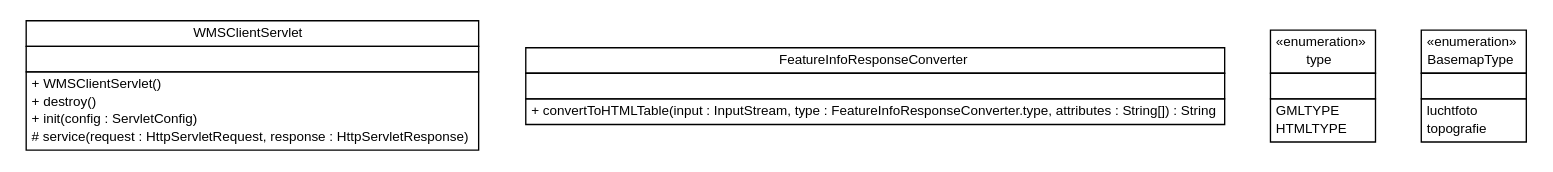
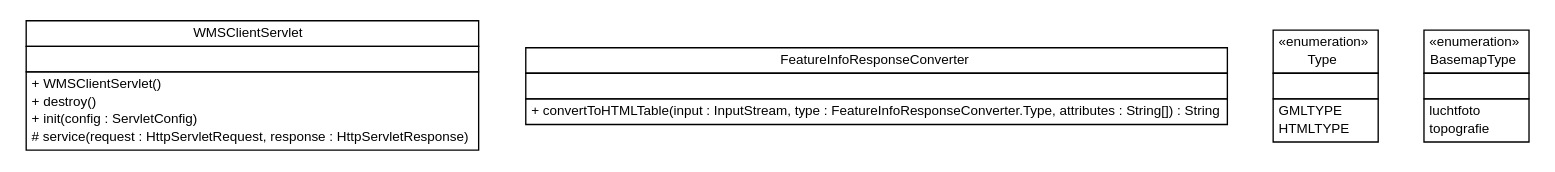
The diagram in apidocs/nl/mineleni/cbsviewer/servlet/wms/nl.mineleni.cbsviewer.servlet.wms.dot (MinELenI/CBSviewer), drawn with Graphviz before and after one commit. The commit also changed 438 other files, not shown here.

```diff
--- a/apidocs/nl/mineleni/cbsviewer/servlet/wms/nl.mineleni.cbsviewer.servlet.wms.dot
+++ b/apidocs/nl/mineleni/cbsviewer/servlet/wms/nl.mineleni.cbsviewer.servlet.wms.dot
@@ -1,67 +1,67 @@
 #!/usr/local/bin/dot
 #
 # Class diagram 
 # Generated by UMLGraph version R5_6 (http://www.umlgraph.org/)
 #
 
 digraph G {
 	edge [fontname="arial",fontsize=10,labelfontname="arial",labelfontsize=10];
 	node [fontname="arial",fontsize=10,shape=plaintext];
 	nodesep=0.25;
 	ranksep=0.5;
 	// nl.mineleni.cbsviewer.servlet.wms.WMSClientServlet
-	c121 [label=<<table title="nl.mineleni.cbsviewer.servlet.wms.WMSClientServlet" border="0" cellborder="1" cellspacing="0" cellpadding="2" port="p" href="./WMSClientServlet.html">
+	c127 [label=<<table title="nl.mineleni.cbsviewer.servlet.wms.WMSClientServlet" border="0" cellborder="1" cellspacing="0" cellpadding="2" port="p" href="./WMSClientServlet.html">
 		<tr><td><table border="0" cellspacing="0" cellpadding="1">
 <tr><td align="center" balign="center"> WMSClientServlet </td></tr>
 		</table></td></tr>
 		<tr><td><table border="0" cellspacing="0" cellpadding="1">
 <tr><td align="left" balign="left">  </td></tr>
 		</table></td></tr>
 		<tr><td><table border="0" cellspacing="0" cellpadding="1">
 <tr><td align="left" balign="left"> + WMSClientServlet() </td></tr>
 <tr><td align="left" balign="left"> + destroy() </td></tr>
 <tr><td align="left" balign="left"> + init(config : ServletConfig) </td></tr>
 <tr><td align="left" balign="left"> # service(request : HttpServletRequest, response : HttpServletResponse) </td></tr>
 		</table></td></tr>
 		</table>>, URL="./WMSClientServlet.html", fontname="arial", fontcolor="black", fontsize=10.0];
 	// nl.mineleni.cbsviewer.servlet.wms.FeatureInfoResponseConverter
-	c122 [label=<<table title="nl.mineleni.cbsviewer.servlet.wms.FeatureInfoResponseConverter" border="0" cellborder="1" cellspacing="0" cellpadding="2" port="p" href="./FeatureInfoResponseConverter.html">
+	c128 [label=<<table title="nl.mineleni.cbsviewer.servlet.wms.FeatureInfoResponseConverter" border="0" cellborder="1" cellspacing="0" cellpadding="2" port="p" href="./FeatureInfoResponseConverter.html">
 		<tr><td><table border="0" cellspacing="0" cellpadding="1">
 <tr><td align="center" balign="center"> FeatureInfoResponseConverter </td></tr>
 		</table></td></tr>
 		<tr><td><table border="0" cellspacing="0" cellpadding="1">
 <tr><td align="left" balign="left">  </td></tr>
 		</table></td></tr>
 		<tr><td><table border="0" cellspacing="0" cellpadding="1">
-<tr><td align="left" balign="left"> + convertToHTMLTable(input : InputStream, type : FeatureInfoResponseConverter.type, attributes : String[]) : String </td></tr>
+<tr><td align="left" balign="left"> + convertToHTMLTable(input : InputStream, type : FeatureInfoResponseConverter.Type, attributes : String[]) : String </td></tr>
 		</table></td></tr>
 		</table>>, URL="./FeatureInfoResponseConverter.html", fontname="arial", fontcolor="black", fontsize=10.0];
-	// nl.mineleni.cbsviewer.servlet.wms.FeatureInfoResponseConverter.type
-	c123 [label=<<table title="nl.mineleni.cbsviewer.servlet.wms.FeatureInfoResponseConverter.type" border="0" cellborder="1" cellspacing="0" cellpadding="2" port="p" href="./FeatureInfoResponseConverter.type.html">
+	// nl.mineleni.cbsviewer.servlet.wms.FeatureInfoResponseConverter.Type
+	c129 [label=<<table title="nl.mineleni.cbsviewer.servlet.wms.FeatureInfoResponseConverter.Type" border="0" cellborder="1" cellspacing="0" cellpadding="2" port="p" href="./FeatureInfoResponseConverter.Type.html">
 		<tr><td><table border="0" cellspacing="0" cellpadding="1">
 <tr><td align="center" balign="center"> &#171;enumeration&#187; </td></tr>
-<tr><td align="center" balign="center"> type </td></tr>
+<tr><td align="center" balign="center"> Type </td></tr>
 		</table></td></tr>
 		<tr><td><table border="0" cellspacing="0" cellpadding="1">
 <tr><td align="left" balign="left">  </td></tr>
 		</table></td></tr>
 		<tr><td><table border="0" cellspacing="0" cellpadding="1">
 <tr><td align="left" balign="left"> GMLTYPE </td></tr>
 <tr><td align="left" balign="left"> HTMLTYPE </td></tr>
 		</table></td></tr>
-		</table>>, URL="./FeatureInfoResponseConverter.type.html", fontname="arial", fontcolor="black", fontsize=10.0];
+		</table>>, URL="./FeatureInfoResponseConverter.Type.html", fontname="arial", fontcolor="black", fontsize=10.0];
 	// nl.mineleni.cbsviewer.servlet.wms.BasemapType
-	c124 [label=<<table title="nl.mineleni.cbsviewer.servlet.wms.BasemapType" border="0" cellborder="1" cellspacing="0" cellpadding="2" port="p" href="./BasemapType.html">
+	c130 [label=<<table title="nl.mineleni.cbsviewer.servlet.wms.BasemapType" border="0" cellborder="1" cellspacing="0" cellpadding="2" port="p" href="./BasemapType.html">
 		<tr><td><table border="0" cellspacing="0" cellpadding="1">
 <tr><td align="center" balign="center"> &#171;enumeration&#187; </td></tr>
 <tr><td align="center" balign="center"> BasemapType </td></tr>
 		</table></td></tr>
 		<tr><td><table border="0" cellspacing="0" cellpadding="1">
 <tr><td align="left" balign="left">  </td></tr>
 		</table></td></tr>
 		<tr><td><table border="0" cellspacing="0" cellpadding="1">
 <tr><td align="left" balign="left"> luchtfoto </td></tr>
 <tr><td align="left" balign="left"> topografie </td></tr>
 		</table></td></tr>
 		</table>>, URL="./BasemapType.html", fontname="arial", fontcolor="black", fontsize=10.0];
 }
```
